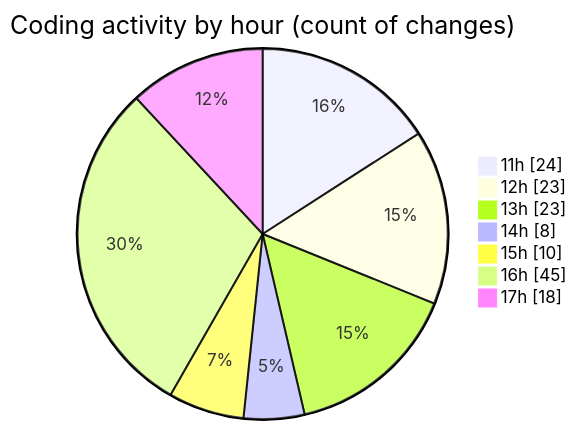
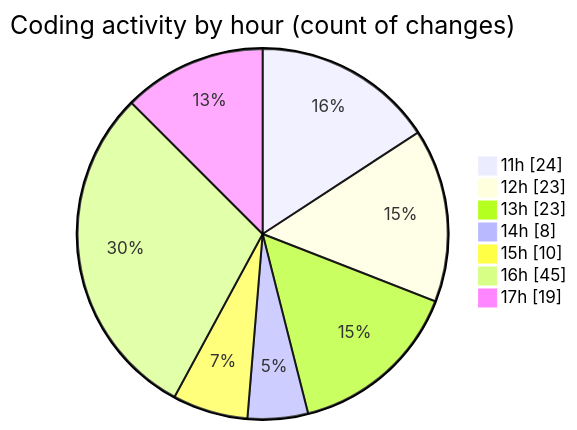
One commit to nxtqubesakshisongat/code-tracking changed the second of 2 diagrams in 2025-09-18/nxtqube_webapp/README.md. Above: the diagram before and after it, drawn with Mermaid. The commit also changed other lines of this file and 1 other file, not shown here.

````diff
--- a/2025-09-18/nxtqube_webapp/README.md
+++ b/2025-09-18/nxtqube_webapp/README.md
@@ -51,11 +51,11 @@
 ```mermaid
 pie showData
 title Coding activity by hour (count of changes)
 "11h" : 24
 "12h" : 23
 "13h" : 23
 "14h" : 8
 "15h" : 10
 "16h" : 45
-"17h" : 18
+"17h" : 19
 ```
````
